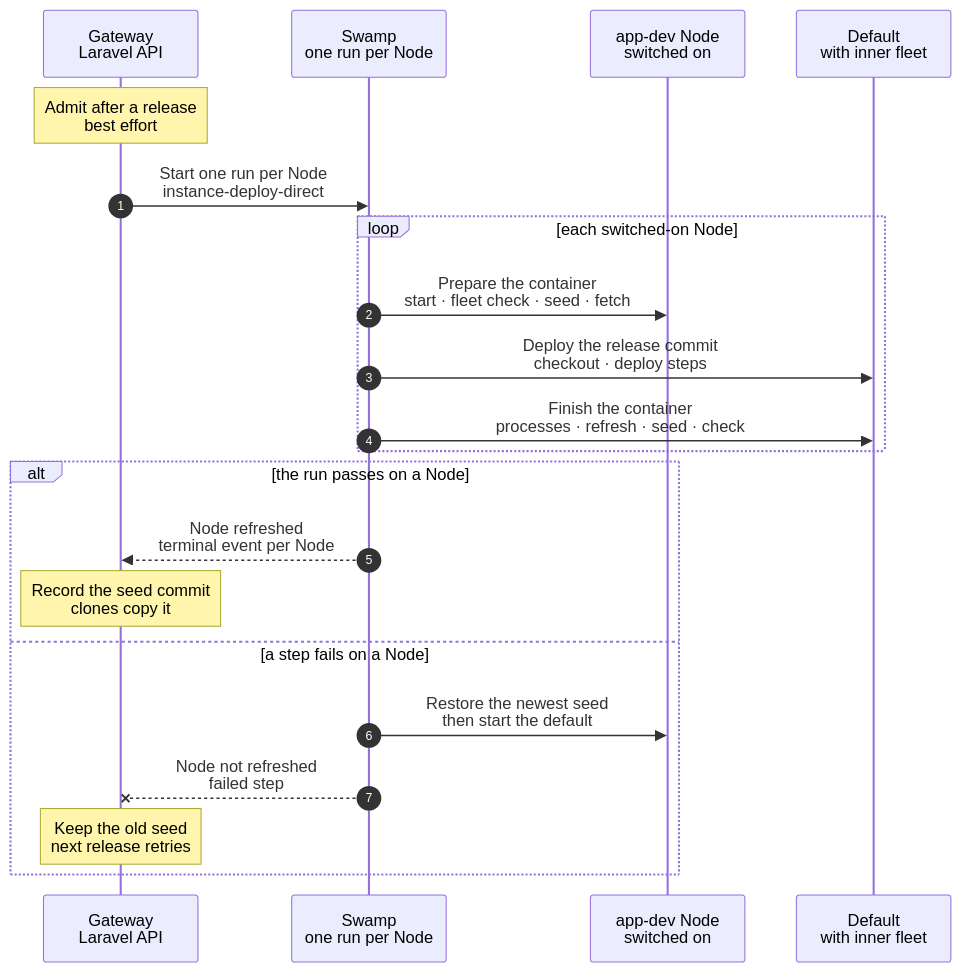
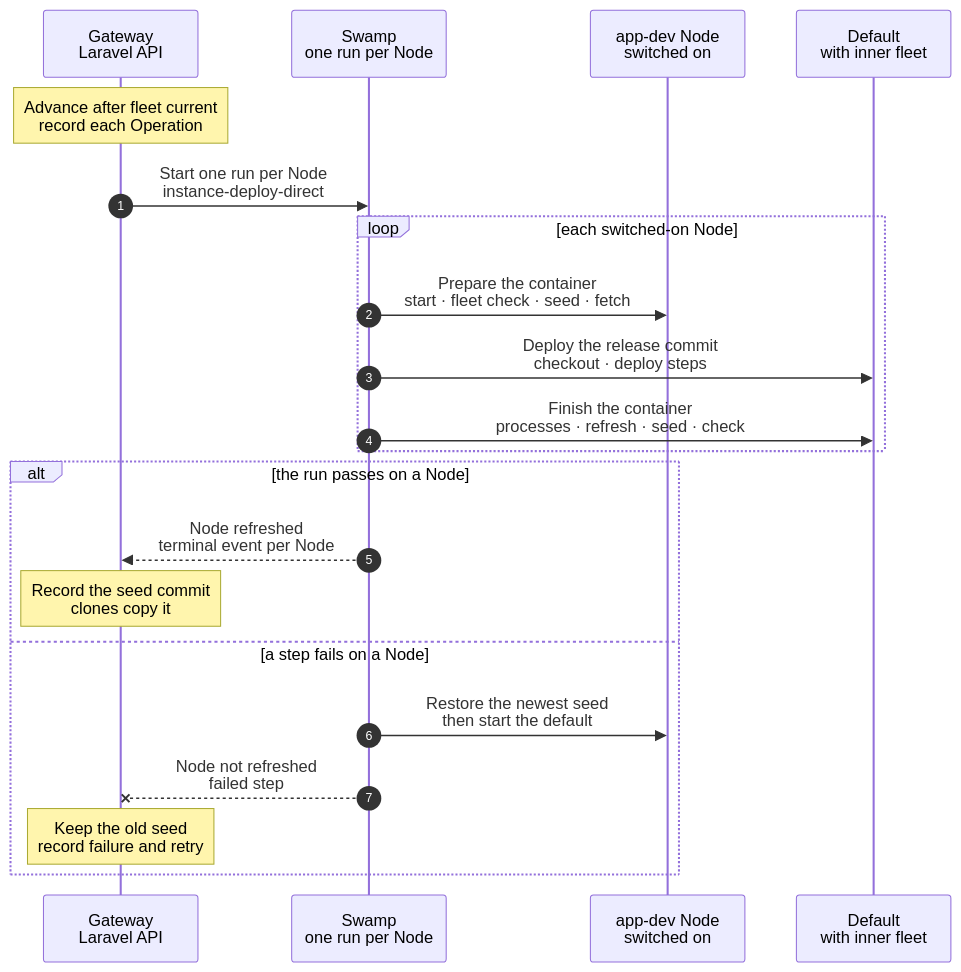
The diagram in docs/reference/pipeline/6-task-image-seed-refresh.mmd (hardimpactdev/orbit), drawn with Mermaid before and after one commit. The commit also changed 2 other files, not shown here.

Commit message:
docs(release): distinguish durable fleet, refresh and seed phases

```diff
--- a/docs/reference/pipeline/6-task-image-seed-refresh.mmd
+++ b/docs/reference/pipeline/6-task-image-seed-refresh.mmd
@@ -1,53 +1,54 @@
 sequenceDiagram
   %% Current flow: stage 6 of the command development pipeline. Each Node with the nested-fleet switch keeps the nested-fleet Project's default Instance, an Incus container that holds the inner fleet. After each verified Gateway release, when refresh is enabled, Orbit deploys that default to the release commit, refreshes its fleet and takes the seed snapshot that a task or a new Instance of the Project clones. There is no image publish and no daily run. The per-Node run: docs/cli/instance/container/fleet-refresh.mmd.
   %% status: draft
   %% command: development pipeline stage 6 · per-Node seed refresh
   %% kind: pipeline.6-task-image-seed-refresh
   autonumber
   %% lane GW icon=gateway pill=intent tone=blue
   %% lane SW icon=workflow pill=executes tone=green
   %% lane N icon=server pill=each Node tone=amber
   %% lane C icon=server pill=default tone=purple
   participant GW as Gateway<br/>Laravel API
   participant SW as Swamp<br/>one run per Node
   participant N as app-dev Node<br/>switched on
   participant C as Default<br/>with inner fleet
-  Note over GW: Admit after a release<br/>best effort
+  Note over GW: Advance after fleet current<br/>record each Operation
   %%> Triggers:
-  %%> - every verified Gateway release, from its admission step after Horizon starts; the release does not wait
+  %%> - fleet current, when refresh is enabled; the five-minute release tick redrives a missed continuation
   %%> When:
-  %%> - a default with a clone copy in flight refuses with `instance.clone_in_flight`; the next release tries again
+  %%> - a default with a clone copy in flight refuses with `instance.clone_in_flight`; the same release retries
   %%> - a default with a deployment open refuses by its Instance lock; nothing queues behind it
   GW->>SW: Start one run per Node<br/>instance-deploy-direct
   %%> Why:
   %%> - each Node keeps its own seed; nothing is copied between Nodes
   loop each switched-on Node
     SW->>N: Prepare the container<br/>start · fleet check · seed · fetch
     %%> What it does:
     %%> - one play: starts the default, checks its running fleet once, keeps the current seed, fetches the release commit
     %%> Why:
     %%> - a later failure then restores a seed that holds the fleet; a failure here changes nothing and restores nothing
     SW->>C: Deploy the release commit<br/>checkout · deploy steps
     %%> What it does:
     %%> - the same steps as every container default deployment
     SW->>C: Finish the container<br/>processes · refresh · seed · check
     %%> What it does:
     %%> - one play: installs the Processes, refreshes the inner fleet (migrate, converge, Doctor, and `base` retaken for the containers whose disk changed), takes the seed snapshot with the Processes stopped, and checks the default
     %%> - refuses the seed when the Club key is a file on the default's disk; the key lives outside it
     %%> - a default with an inner volume: also snapshots the volume under the same name, right after a flush of the volume (`sync -f`); the two snapshots are the seed, and older pairs go after both new halves exist
   end
   alt the run passes on a Node
     SW-->>GW: Node refreshed<br/>terminal event per Node
     Note over GW: Record the seed commit<br/>clones copy it
     %%> Result:
     %%> - one slow Node does not hold the others; existing clones keep their fleet
+    %%> - proof Nodes publish the exact seed commit and timestamp through instance.seed_copy; the release retains those Operation IDs
     %%> - a new copy of a default with an inner volume copies both halves: the volume to its own `inner-<id>`, then the container; while the run is open such a copy refuses with `instance.default_seed_in_flight`
   else a step fails on a Node
     SW->>N: Restore the newest seed<br/>then start the default
     %%> What it does:
     %%> - a default with an inner volume needs both halves of the seed before it restores anything, then restores the container and the volume
     SW--xGW: Node not refreshed<br/>failed step
-    Note over GW: Keep the old seed<br/>next release retries
+    Note over GW: Keep the old seed<br/>record failure and retry
     %%> Result:
-    %%> - clones keep copying the old seed; the Operation names the failed step
+    %%> - the Operation names the failed step; a terminal failure remains visible and can be fixed forward
   end
```
